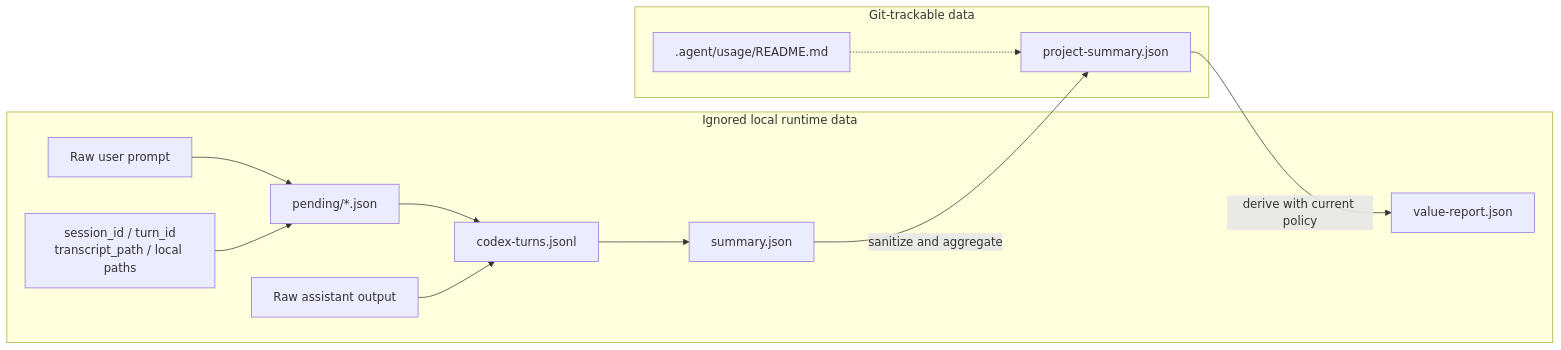
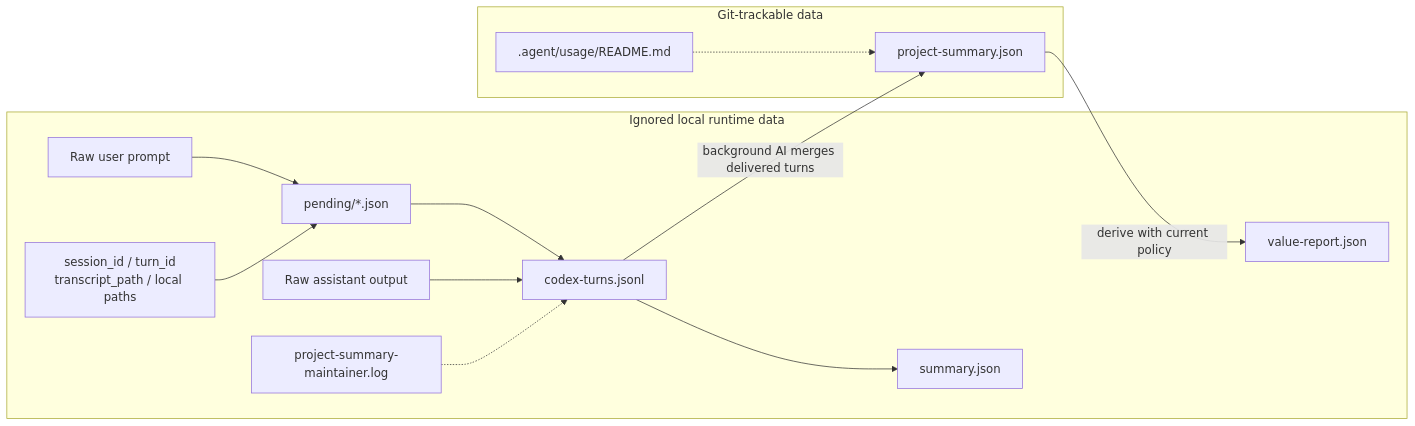
Before and after one commit to netlayer-team/agent-handoff-metrics-bootstrap: the fifth of 6 diagrams in docs/design.md, drawn with Mermaid. The commit also changed other lines of this file and 6 other files, not shown here.

Commit message:
feat(metrics): add task-level value summary maintainer

````diff
--- a/docs/design.md
+++ b/docs/design.md
@@ -148,26 +160,28 @@
 ```mermaid
 flowchart LR
   subgraph LocalOnly["Ignored local runtime data"]
     Prompt["Raw user prompt"]
     Assistant["Raw assistant output"]
     Session["session_id / turn_id<br/>transcript_path / local paths"]
     PendingFile["pending/*.json"]
     RawFile["codex-turns.jsonl"]
     FullFile["summary.json"]
     ValueFile["value-report.json"]
+    MaintainerLog["project-summary-maintainer.log"]
   end
 
   subgraph CommitSafe["Git-trackable data"]
     PublicFile["project-summary.json"]
     UsageReadme[".agent/usage/README.md"]
   end
 
   Prompt --> PendingFile
   Session --> PendingFile
   PendingFile --> RawFile
   Assistant --> RawFile
   RawFile --> FullFile
-  FullFile -->|"sanitize and aggregate"| PublicFile
+  RawFile -->|"background AI merges delivered turns"| PublicFile
+  MaintainerLog -.-> RawFile
   PublicFile -->|"derive with current policy"| ValueFile
   UsageReadme -.-> PublicFile
 ```
````
